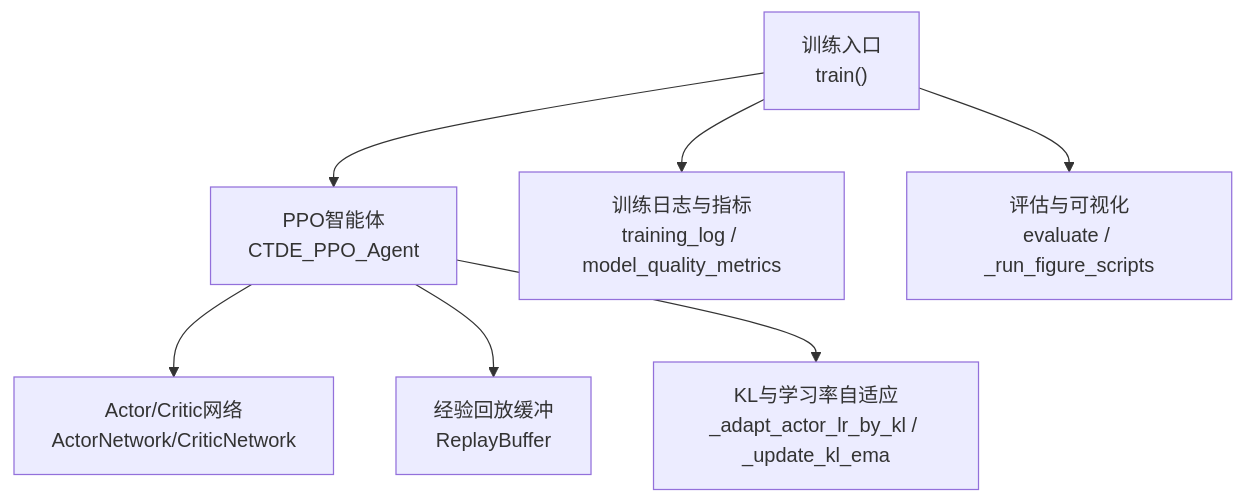
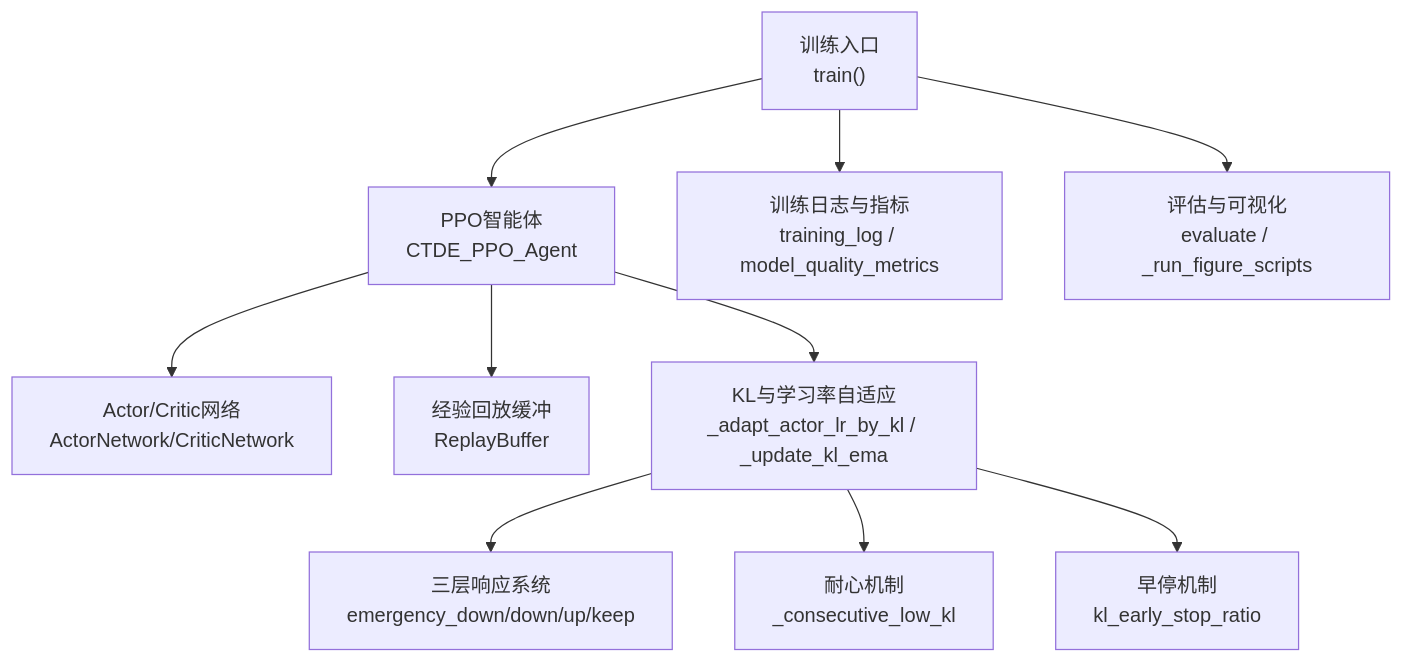
Before and after one commit to xixi10001/self_Adaptive: the first of 4 diagrams in .qoder/repowiki/zh/content/项目概述/核心功能特性/CTDE-PPO算法实现/PPO算法核心实现/KL散度监控与自适应学习率.md, drawn with Mermaid. The commit also changed other lines of this file and 94 other files, not shown here.

````diff
--- a/.qoder/repowiki/zh/content/项目概述/核心功能特性/CTDE-PPO算法实现/PPO算法核心实现/KL散度监控与自适应学习率.md
+++ b/.qoder/repowiki/zh/content/项目概述/核心功能特性/CTDE-PPO算法实现/PPO算法核心实现/KL散度监控与自适应学习率.md
@@ -37,9 +48,12 @@
 ```mermaid
 graph TB
 A["训练入口<br/>train()"] --> B["PPO智能体<br/>CTDE_PPO_Agent"]
 B --> C["Actor/Critic网络<br/>ActorNetwork/CriticNetwork"]
 B --> D["经验回放缓冲<br/>ReplayBuffer"]
 B --> E["KL与学习率自适应<br/>_adapt_actor_lr_by_kl / _update_kl_ema"]
-A --> F["训练日志与指标<br/>training_log / model_quality_metrics"]
-A --> G["评估与可视化<br/>evaluate / _run_figure_scripts"]
+E --> F["三层响应系统<br/>emergency_down/down/up/keep"]
+E --> G["耐心机制<br/>_consecutive_low_kl"]
+E --> H["早停机制<br/>kl_early_stop_ratio"]
+A --> I["训练日志与指标<br/>training_log / model_quality_metrics"]
+A --> J["评估与可视化<br/>evaluate / _run_figure_scripts"]
 ```
````
